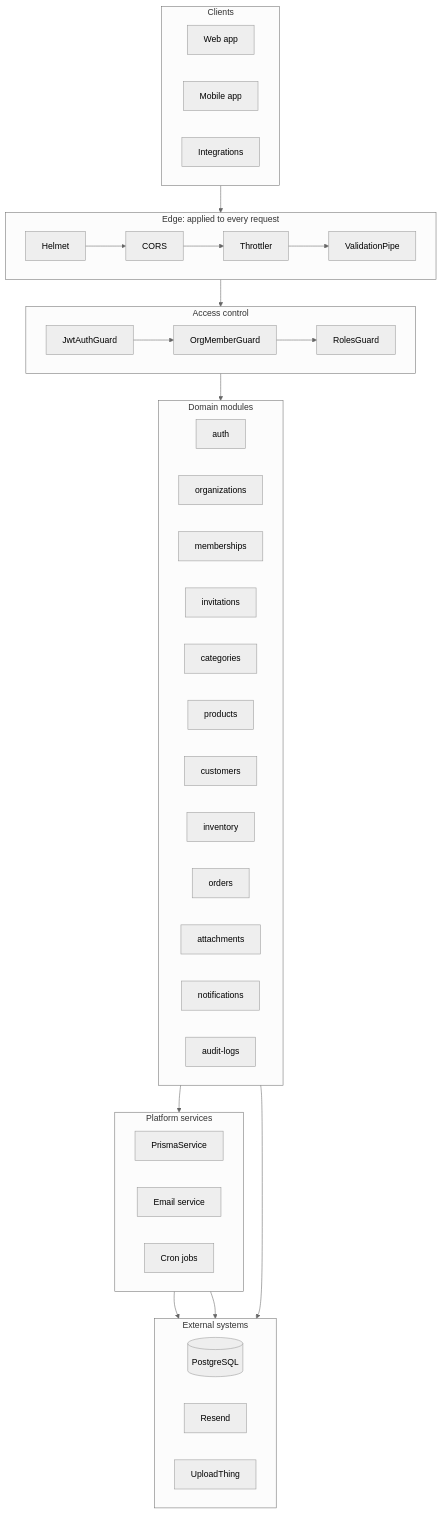
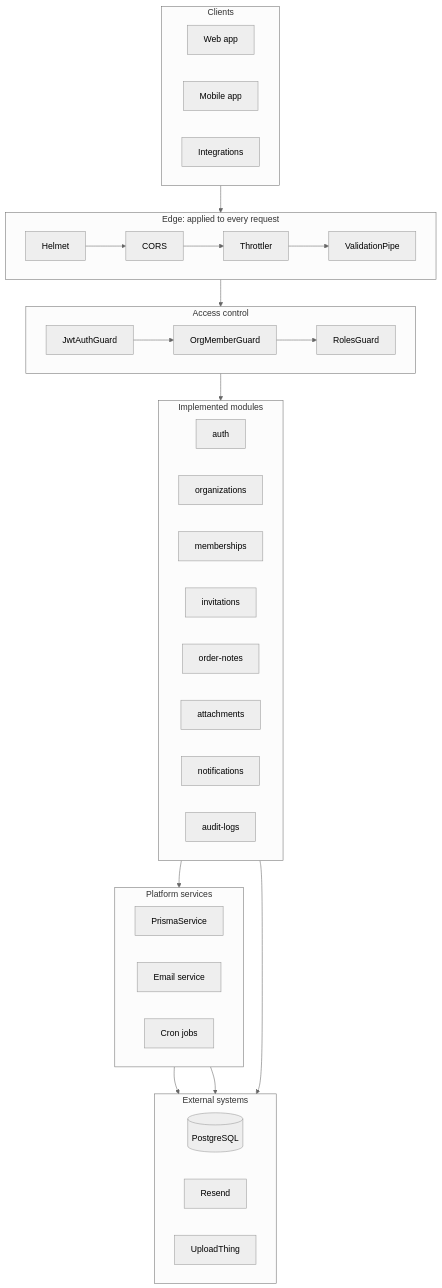
Before and after one commit to josephstephen-dev/orderspace: the first of 7 diagrams in README.md, drawn with Mermaid (neutral theme). The commit also changed other lines of this file, not shown here.

````diff
--- a/README.md
+++ b/README.md
@@ -215,54 +179,87 @@
 ```mermaid
+
 flowchart TB
-    subgraph Clients
-        direction LR
-        WEB["Web app"]
-        MOB["Mobile app"]
-        INT["Integrations"]
-    end
 
-    subgraph Edge["Edge: applied to every request"]
-        direction LR
-        H["Helmet"] --> CO["CORS"] --> TH["Throttler"] --> VP["ValidationPipe"]
-    end
+    subgraph Clients
 
-    subgraph Access["Access control"]
-        direction LR
-        JG["JwtAuthGuard"] --> OG["OrgMemberGuard"] --> RG["RolesGuard"]
-    end
+        direction LR
 
-    subgraph Domain["Domain modules"]
-        direction LR
-        M1["auth"]
-        M2["organizations"]
-        M3["memberships"]
-        M4["invitations"]
-        M5["categories"]
-        M6["products"]
-        M7["customers"]
-        M8["inventory"]
-        M9["orders"]
-        M10["attachments"]
-        M11["notifications"]
-        M12["audit-logs"]
-    end
+        WEB["Web app"]
 
-    subgraph Platform["Platform services"]
-        direction LR
-        PR["PrismaService"]
-        EM["Email service"]
-        CR["Cron jobs"]
-    end
+        MOB["Mobile app"]
 
-    subgraph External["External systems"]
-        direction LR
-        PG[("PostgreSQL")]
-        RS["Resend"]
-        UT["UploadThing"]
-    end
+        INT["Integrations"]
 
-    Clients --> Edge --> Access --> Domain --> Platform
-    PR --> PG
-    EM --> RS
-    M10 --> UT
+    end
+
+    subgraph Edge["Edge: applied to every request"]
+
+        direction LR
+
+        H["Helmet"] --> CO["CORS"] --> TH["Throttler"] --> VP["ValidationPipe"]
+
+    end
+
+    subgraph Access["Access control"]
+
+        direction LR
+
+        JG["JwtAuthGuard"] --> OG["OrgMemberGuard"] --> RG["RolesGuard"]
+
+    end
+
+    subgraph Domain["Implemented modules"]
+
+        direction LR
+
+        M1["auth"]
+
+        M2["organizations"]
+
+        M3["memberships"]
+
+        M4["invitations"]
+
+        M5["order-notes"]
+
+        M6["attachments"]
+
+        M7["notifications"]
+
+        M8["audit-logs"]
+
+    end
+
+    subgraph Platform["Platform services"]
+
+        direction LR
+
+        PR["PrismaService"]
+
+        EM["Email service"]
+
+        CR["Cron jobs"]
+
+    end
+
+    subgraph External["External systems"]
+
+        direction LR
+
+        PG[("PostgreSQL")]
+
+        RS["Resend"]
+
+        UT["UploadThing"]
+
+    end
+
+    Clients --> Edge --> Access --> Domain --> Platform
+
+    PR --> PG
+
+    EM --> RS
+
+    M6 --> UT
+
 ```
````
